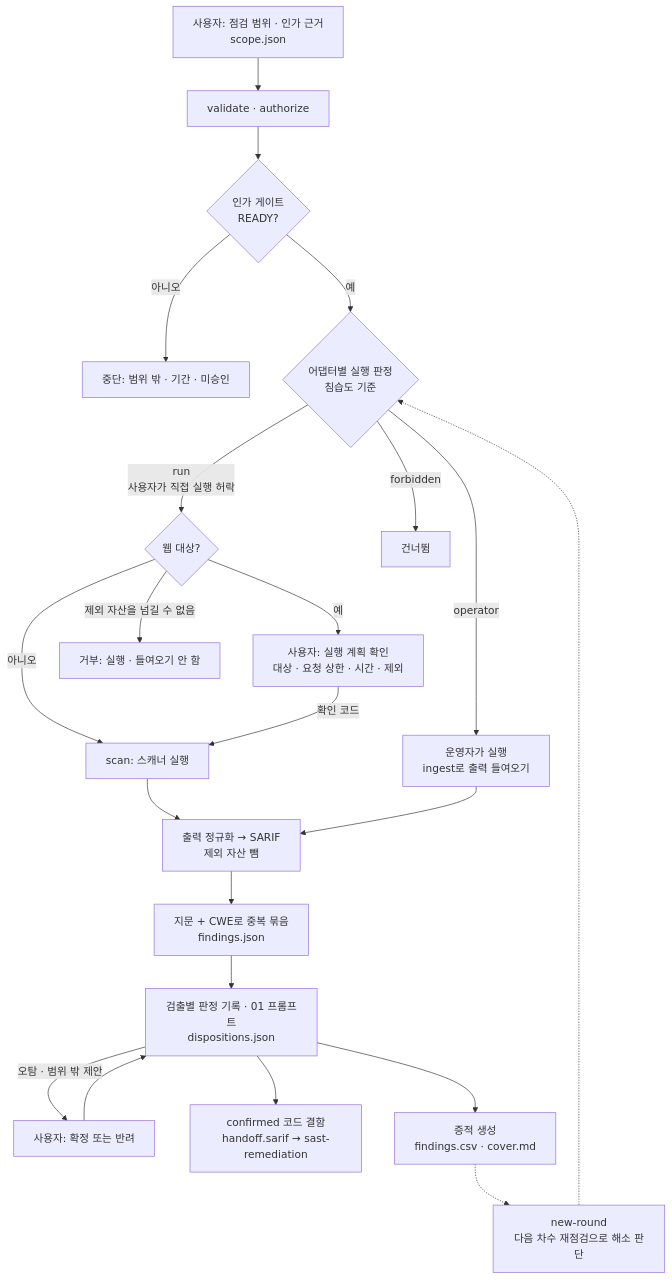
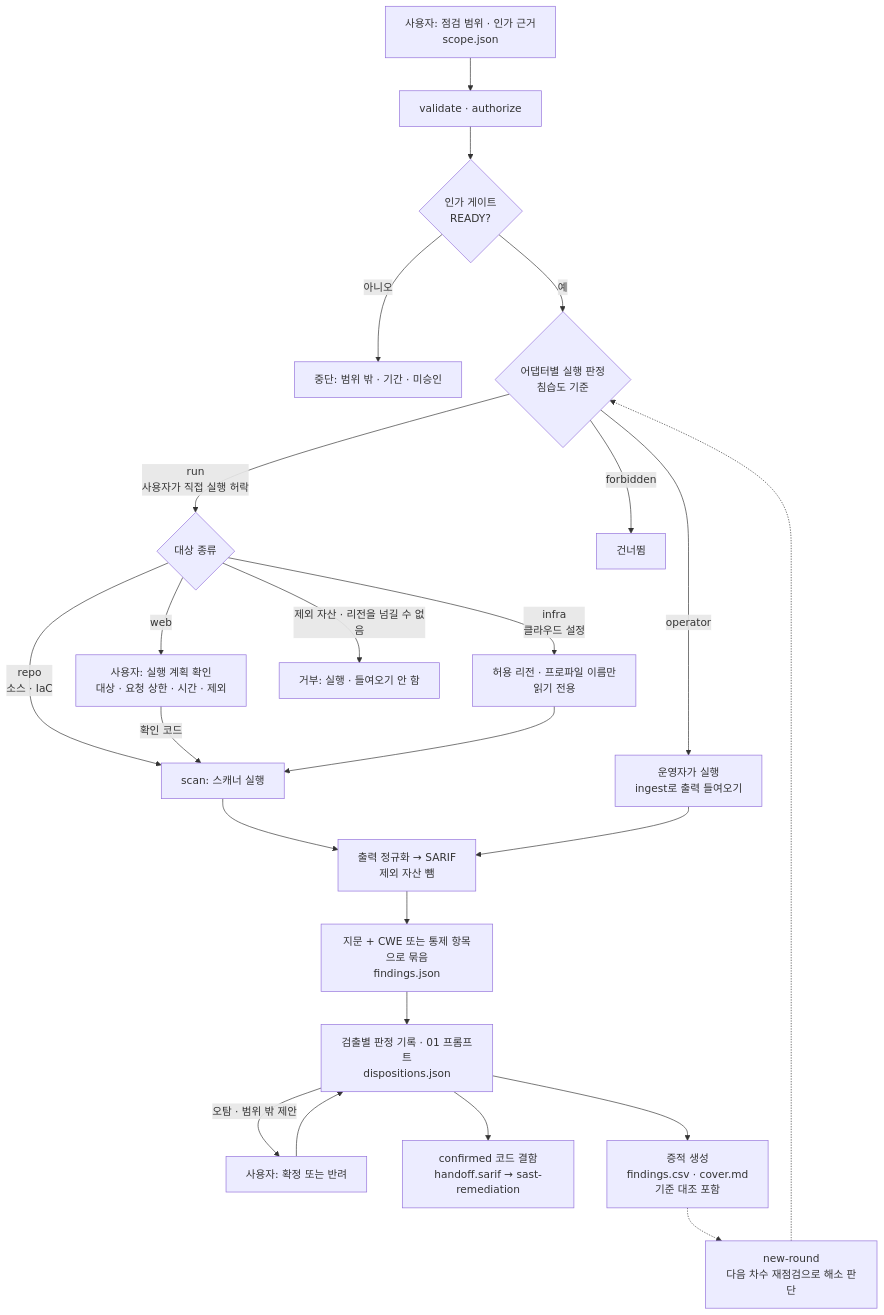
One commit to seo0tak/agent-skills changed the diagram in skills/security-assessment/toolkit/README.md. Above: the diagram before and after it, drawn with Mermaid. The commit also changed other lines of this file and 35 other files, not shown here.

````diff
--- a/skills/security-assessment/toolkit/README.md
+++ b/skills/security-assessment/toolkit/README.md
@@ -16,24 +16,26 @@
 ```mermaid
 flowchart TD
   scope["사용자: 점검 범위 · 인가 근거<br/>scope.json"] --> auth["validate · authorize"]
   auth --> gate{"인가 게이트<br/>READY?"}
   gate -- "아니오" --> stop["중단: 범위 밖 · 기간 · 미승인"]
   gate -- "예" --> decide{"어댑터별 실행 판정<br/>침습도 기준"}
-  decide -- "run<br/>사용자가 직접 실행 허락" --> web{"웹 대상?"}
-  web -- "아니오" --> exec["scan: 스캐너 실행"]
-  web -- "예" --> plan["사용자: 실행 계획 확인<br/>대상 · 요청 상한 · 시간 · 제외"]
+  decide -- "run<br/>사용자가 직접 실행 허락" --> kind{"대상 종류"}
+  kind -- "repo<br/>소스 · IaC" --> exec["scan: 스캐너 실행"]
+  kind -- "web" --> plan["사용자: 실행 계획 확인<br/>대상 · 요청 상한 · 시간 · 제외"]
   plan -- "확인 코드" --> exec
-  web -- "제외 자산을 넘길 수 없음" --> refuse["거부: 실행 · 들여오기 안 함"]
+  kind -- "infra<br/>클라우드 설정" --> cloud["허용 리전 · 프로파일 이름만<br/>읽기 전용"]
+  cloud --> exec
+  kind -- "제외 자산 · 리전을 넘길 수 없음" --> refuse["거부: 실행 · 들여오기 안 함"]
   decide -- "operator" --> op["운영자가 실행<br/>ingest로 출력 들여오기"]
   decide -- "forbidden" --> skip["건너뜀"]
   exec --> norm["출력 정규화 → SARIF<br/>제외 자산 뺌"]
   op --> norm
-  norm --> merge["지문 + CWE로 중복 묶음<br/>findings.json"]
+  norm --> merge["지문 + CWE 또는 통제 항목으로 묶음<br/>findings.json"]
   merge --> disp["검출별 판정 기록 · 01 프롬프트<br/>dispositions.json"]
   disp -- "오탐 · 범위 밖 제안" --> user["사용자: 확정 또는 반려"]
   user --> disp
   disp --> bridge["confirmed 코드 결함<br/>handoff.sarif → sast-remediation"]
-  disp --> ev["증적 생성<br/>findings.csv · cover.md"]
+  disp --> ev["증적 생성<br/>findings.csv · cover.md<br/>기준 대조 포함"]
   ev -.-> round["new-round<br/>다음 차수 재점검으로 해소 판단"]
   round -.-> decide
 ```
````
